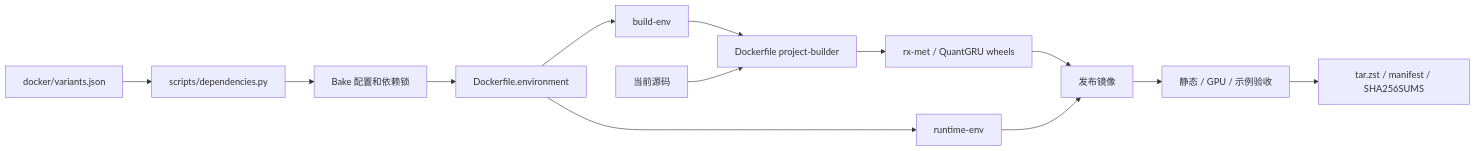
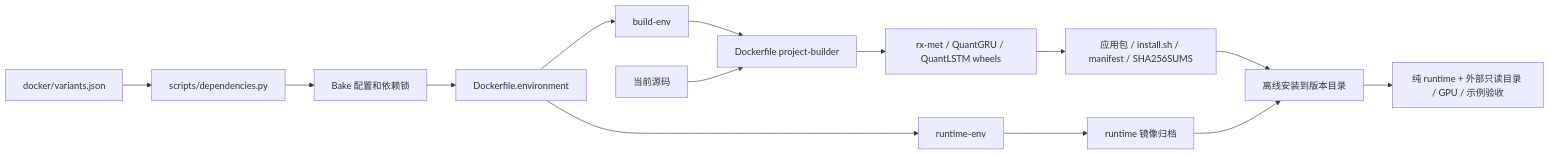
Before and after one commit to reexen-tech/rx-met: the fourth of 4 diagrams in docs/architecture.md, drawn with Mermaid. The commit also changed other lines of this file and 8 other files, not shown here.

First line of the commit message:
docs(release): explain bundle installation and runtime lifecycle

````diff
--- a/docs/architecture.md
+++ b/docs/architecture.md
@@ -173,15 +173,16 @@
 ```mermaid
 flowchart LR
     Matrix[docker/variants.json] --> Lock[scripts/dependencies.py]
     Lock --> Generated[Bake 配置和依赖锁]
     Generated --> EnvDocker[Dockerfile.environment]
     EnvDocker --> BuildEnv[build-env]
     EnvDocker --> RuntimeEnv[runtime-env]
     BuildEnv --> ProjectBuilder[Dockerfile project-builder]
     Source[当前源码] --> ProjectBuilder
-    ProjectBuilder --> Wheels[rx-met / QuantGRU wheels]
-    Wheels --> Product[发布镜像]
-    RuntimeEnv --> Product
-    Product --> Verify[静态 / GPU / 示例验收]
-    Verify --> Bundle[tar.zst / manifest / SHA256SUMS]
+    ProjectBuilder --> Wheels[rx-met / QuantGRU / QuantLSTM wheels]
+    Wheels --> Bundle[应用包 / install.sh / manifest / SHA256SUMS]
+    RuntimeEnv --> Images[runtime 镜像归档]
+    Bundle --> Install[离线安装到版本目录]
+    Images --> Install
+    Install --> Verify[纯 runtime + 外部只读目录 / GPU / 示例验收]
 ```
````
